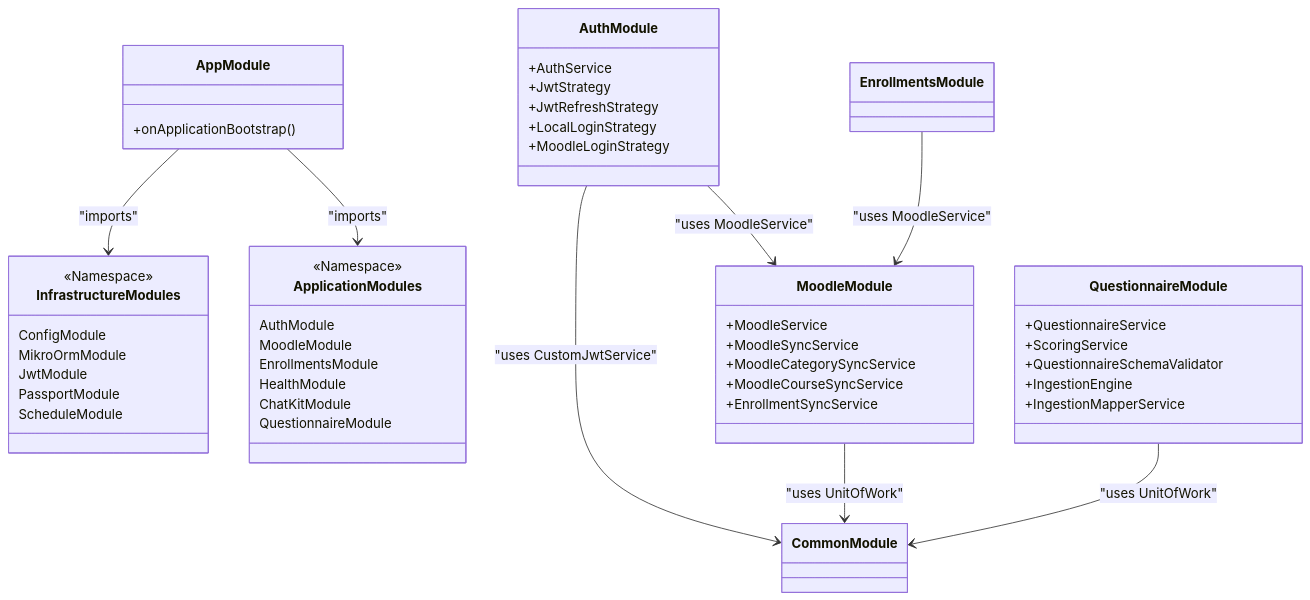
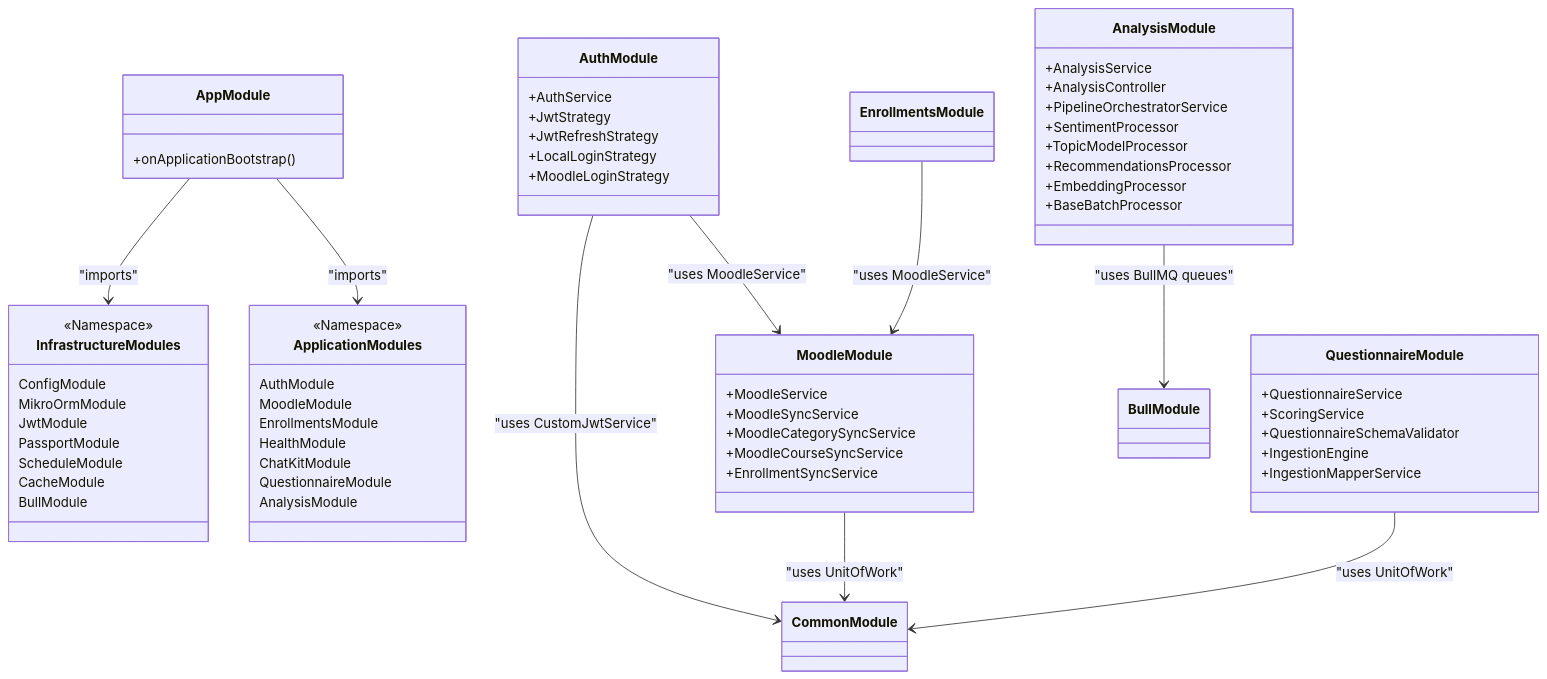
Before and after one commit to CtrlAltElite-Devs/api.faculytics: the diagram in docs/architecture/core-components.md, drawn with Mermaid. The commit also changed other lines of this file and 117 other files, not shown here.

````diff
--- a/docs/architecture/core-components.md
+++ b/docs/architecture/core-components.md
@@ -27,56 +30,71 @@
 ```mermaid
 classDiagram
     class AppModule {
         +onApplicationBootstrap()
     }
     class InfrastructureModules {
         <<Namespace>>
         ConfigModule
         MikroOrmModule
         JwtModule
         PassportModule
         ScheduleModule
+        CacheModule
+        BullModule
     }
     class ApplicationModules {
         <<Namespace>>
         AuthModule
         MoodleModule
         EnrollmentsModule
         HealthModule
         ChatKitModule
         QuestionnaireModule
+        AnalysisModule
     }
 
     AppModule --> InfrastructureModules : "imports"
     AppModule --> ApplicationModules : "imports"
 
     AuthModule --> MoodleModule : "uses MoodleService"
     AuthModule --> CommonModule : "uses CustomJwtService"
     MoodleModule --> CommonModule : "uses UnitOfWork"
     EnrollmentsModule --> MoodleModule : "uses MoodleService"
     QuestionnaireModule --> CommonModule : "uses UnitOfWork"
+    AnalysisModule --> BullModule : "uses BullMQ queues"
+
+    class AnalysisModule {
+        +AnalysisService
+        +AnalysisController
+        +PipelineOrchestratorService
+        +SentimentProcessor
+        +TopicModelProcessor
+        +RecommendationsProcessor
+        +EmbeddingProcessor
+        +BaseBatchProcessor
+    }
 
     class MoodleModule {
         +MoodleService
         +MoodleSyncService
         +MoodleCategorySyncService
         +MoodleCourseSyncService
         +EnrollmentSyncService
     }
 
     class AuthModule {
         +AuthService
         +JwtStrategy
         +JwtRefreshStrategy
         +LocalLoginStrategy
         +MoodleLoginStrategy
     }
 
     class QuestionnaireModule {
         +QuestionnaireService
         +ScoringService
         +QuestionnaireSchemaValidator
         +IngestionEngine
         +IngestionMapperService
     }
 ```
````
